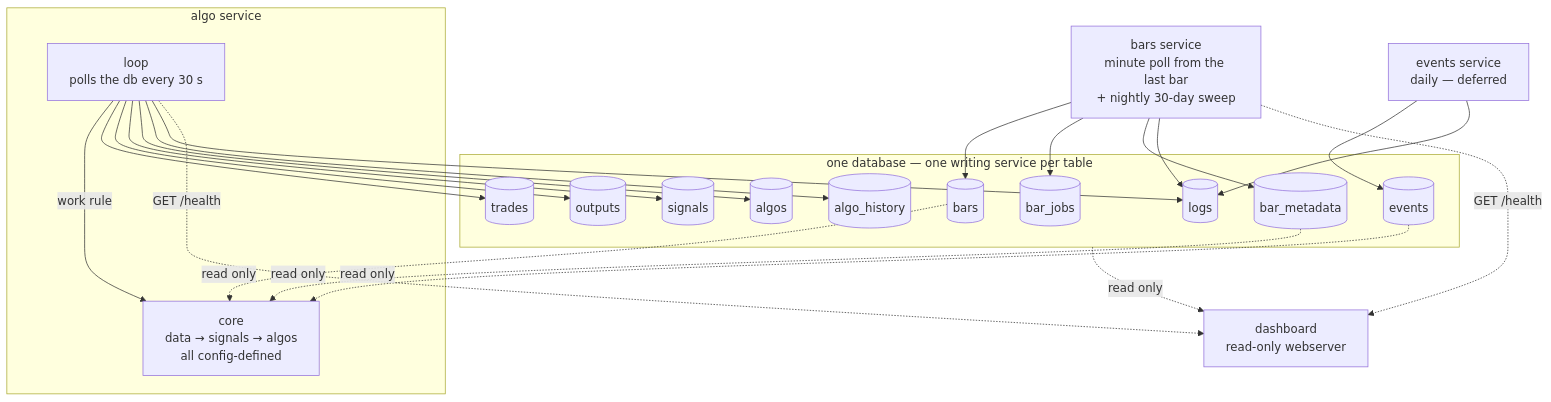
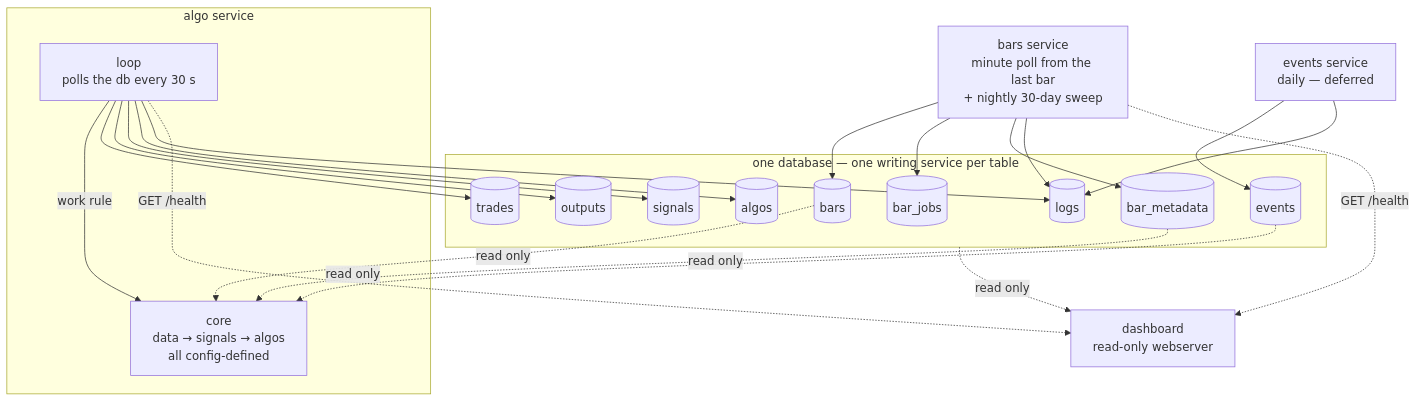
The diagram in design.md (dongurihouse/trader), drawn with Mermaid before and after one commit. The commit also changed other lines of this file and 7 other files, not shown here.

Commit message:
Remove database algo history

````diff
--- a/design.md
+++ b/design.md
@@ -405,40 +390,38 @@
 ```mermaid
 flowchart TB
     BARS[bars service<br/>minute poll from the last bar<br/>+ nightly 30-day sweep]
     EVENTS[events service<br/>daily — deferred]
 
     BARS --> BT[(bars)]
     BARS --> BJ[(bar_jobs)]
     BARS --> BM[(bar_metadata)]
     EVENTS --> ET[(events)]
 
     subgraph DB [one database — one writing service per table]
         BT
         BJ
         BM
         ET
         TR[(trades)]
         OUT[(outputs)]
         SIG[(signals)]
         ALG[(algos)]
-        AH[(algo_history)]
         LG[(logs)]
     end
 
     subgraph ALGO [algo service]
         LOOP[loop<br/>polls the db every 30 s] -- work rule --> CORE[core<br/>data → signals → algos<br/>all config-defined]
     end
 
     BT -. read only .-> CORE
     BM -. read only .-> CORE
     ET -. read only .-> CORE
     LOOP --> TR
     LOOP --> OUT
     LOOP --> SIG
     LOOP --> ALG
-    LOOP --> AH
     BARS & EVENTS & LOOP --> LG
     DB -. read only .-> DASH[dashboard<br/>read-only webserver]
     BARS -. GET /health .-> DASH
     LOOP -. GET /health .-> DASH
 ```
````
